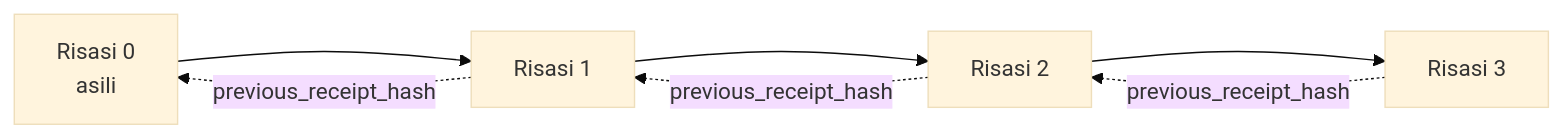
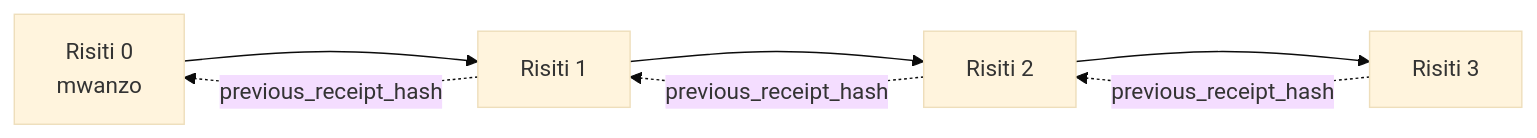
Before and after one commit to gabrielmoreira/agent-skills-mirror: the second of 2 diagrams in mirrors/repos/microsoft@ai-agents-for-beginners/translations/sw/18-securing-ai-agents/README.md, drawn with Mermaid (base theme). The commit also changed other lines of this file and 2285 other files, not shown here.

````diff
--- a/mirrors/repos/microsoft@ai-agents-for-beginners/translations/sw/18-securing-ai-agents/README.md
+++ b/mirrors/repos/microsoft@ai-agents-for-beginners/translations/sw/18-securing-ai-agents/README.md
@@ -206,9 +206,9 @@
 ```mermaid
 flowchart LR
-    R0[Risasi 0<br/>asili] --> R1[Risasi 1]
-    R1 --> R2[Risasi 2]
-    R2 --> R3[Risasi 3]
+    R0[Risiti 0<br/>mwanzo] --> R1[Risiti 1]
+    R1 --> R2[Risiti 2]
+    R2 --> R3[Risiti 3]
     R1 -. previous_receipt_hash .-> R0
     R2 -. previous_receipt_hash .-> R1
     R3 -. previous_receipt_hash .-> R2
 ```
````
